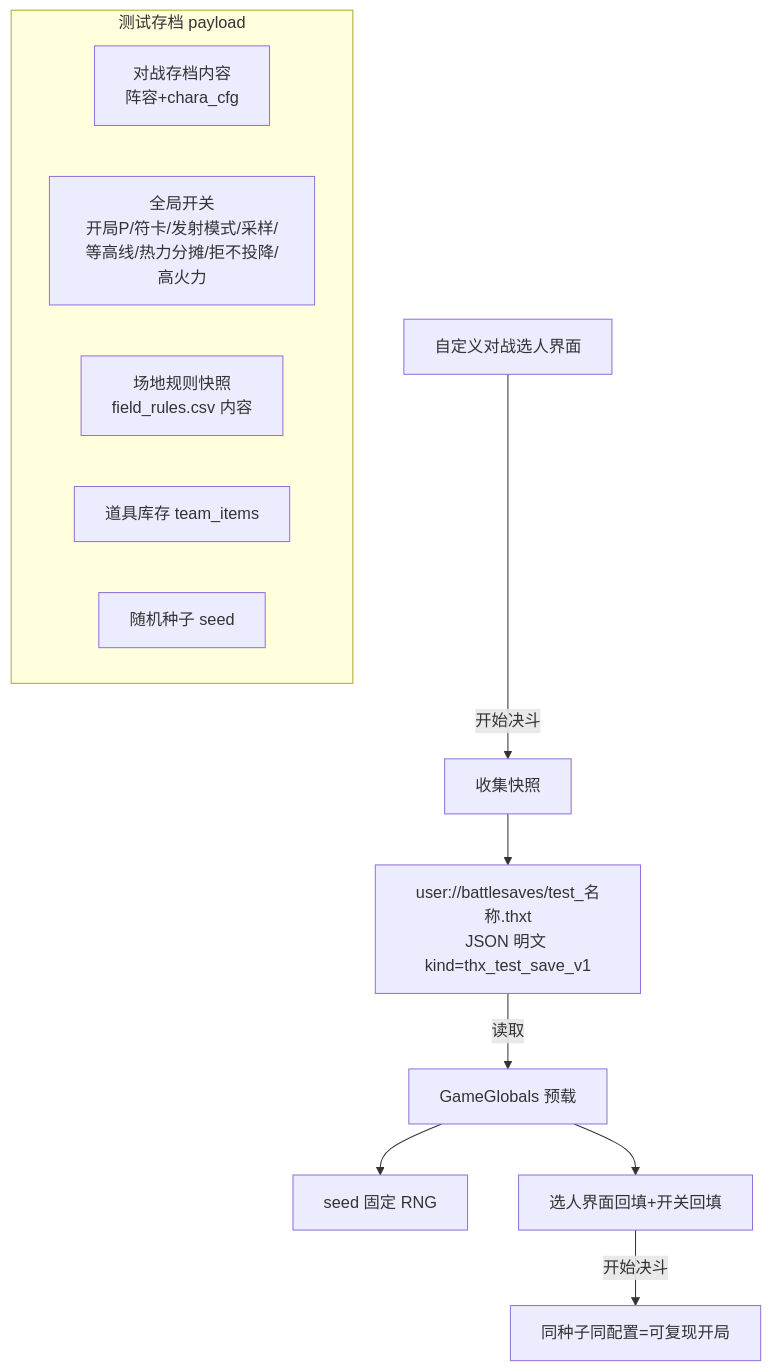
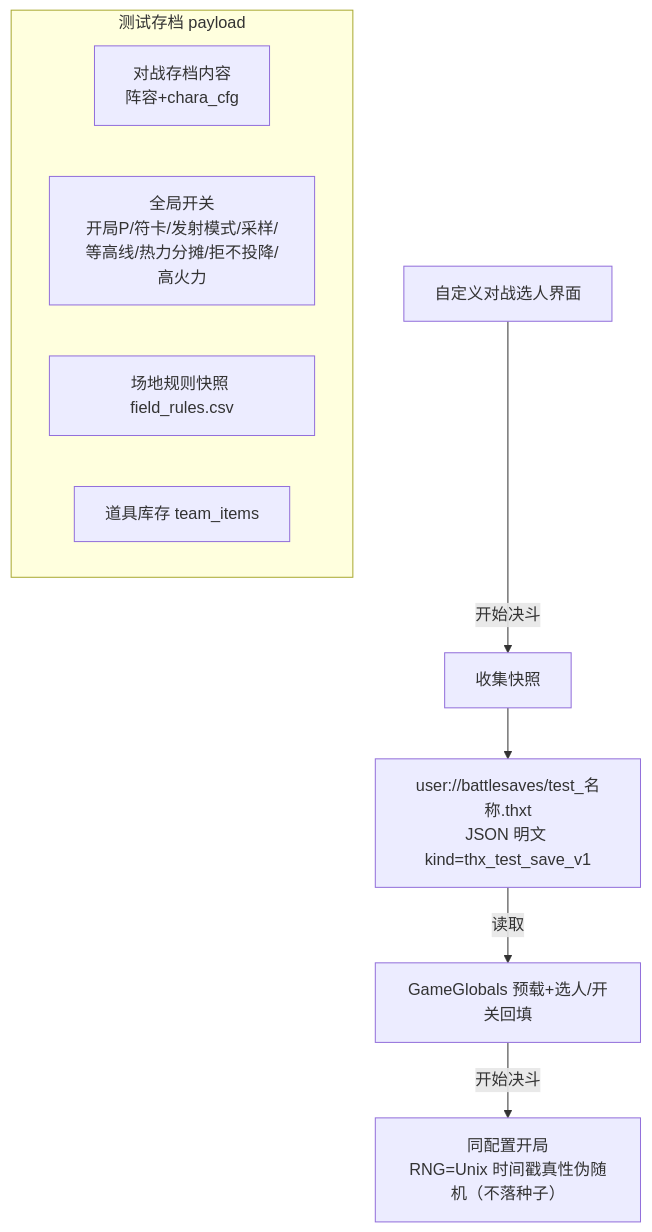
The third of 5 diagrams in gameAssetBase/aiTest/0.0.9/设计原型_存档后续流程图.md (Xlonia/THX75), drawn with Mermaid before and after one commit. The commit also changed other lines of this file and 2 other files, not shown here.

````diff
--- a/gameAssetBase/aiTest/0.0.9/设计原型_存档后续流程图.md
+++ b/gameAssetBase/aiTest/0.0.9/设计原型_存档后续流程图.md
@@ -13,16 +48,13 @@
 ```mermaid
 flowchart TD
     A[自定义对战选人界面] -->|开始决斗| B[收集快照]
     subgraph B1[测试存档 payload]
         B1a[对战存档内容<br/>阵容+chara_cfg]
         B1b[全局开关<br/>开局P/符卡/发射模式/采样/等高线/热力分摊/拒不投降/高火力]
-        B1c[场地规则快照<br/>field_rules.csv 内容]
+        B1c[场地规则快照 field_rules.csv]
         B1d[道具库存 team_items]
-        B1e[随机种子 seed]
     end
     B --> C[user://battlesaves/test_名称.thxt<br/>JSON 明文 kind=thx_test_save_v1]
-    C -->|读取| D[GameGlobals 预载]
-    D --> E[seed 固定 RNG]
-    D --> F[选人界面回填+开关回填]
-    F -->|开始决斗| G[同种子同配置=可复现开局]
+    C -->|读取| D[GameGlobals 预载+选人/开关回填]
+    D -->|开始决斗| E[同配置开局<br/>RNG=Unix 时间戳真性伪随机（不落种子）]
 ```
````
